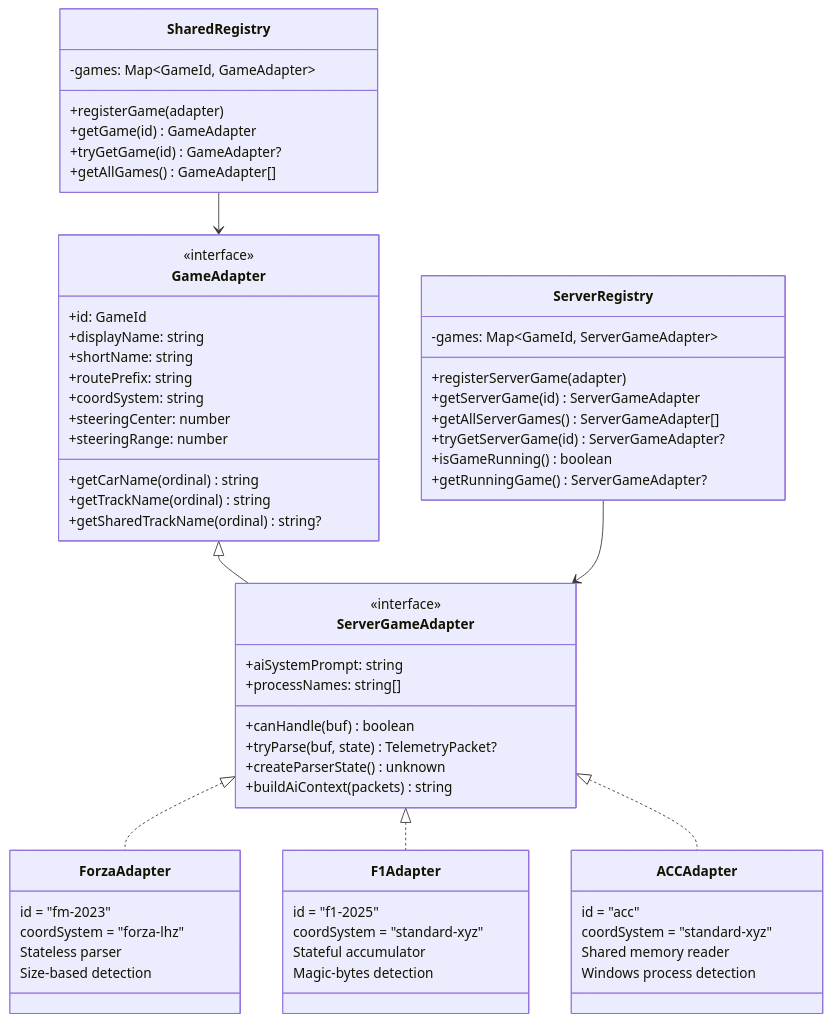
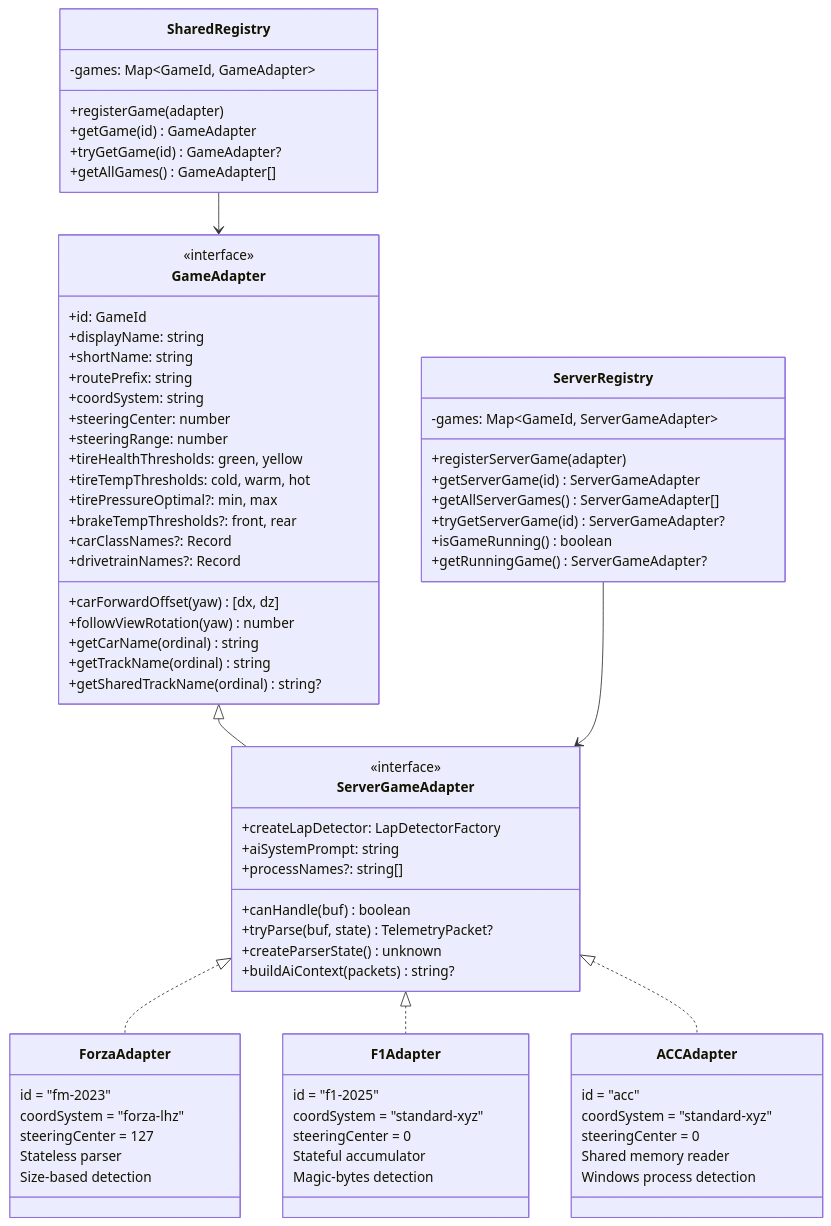
Before and after one commit to calebklc/RaceIQ: the fourth of 12 diagrams in ARCHITECTURE.md, drawn with Mermaid. The commit also changed other lines of this file, not shown here.

```diff
--- a/ARCHITECTURE.md
+++ b/ARCHITECTURE.md
@@ -110,9 +237,17 @@
         +coordSystem: string
         +steeringCenter: number
         +steeringRange: number
+        +carForwardOffset(yaw) [dx, dz]
+        +followViewRotation(yaw) number
+        +tireHealthThresholds: green, yellow
+        +tireTempThresholds: cold, warm, hot
+        +tirePressureOptimal?: min, max
+        +brakeTempThresholds?: front, rear
         +getCarName(ordinal) string
         +getTrackName(ordinal) string
         +getSharedTrackName(ordinal) string?
+        +carClassNames?: Record
+        +drivetrainNames?: Record
     }
 
     class ServerGameAdapter {
@@ -120,9 +255,10 @@
         +canHandle(buf) boolean
         +tryParse(buf, state) TelemetryPacket?
         +createParserState() unknown
+        +createLapDetector: LapDetectorFactory
         +aiSystemPrompt: string
-        +buildAiContext(packets) string
-        +processNames: string[]
+        +buildAiContext(packets) string?
+        +processNames?: string[]
     }
 
     GameAdapter <|-- ServerGameAdapter
@@ -130,6 +266,7 @@
     class ForzaAdapter {
         id = "fm-2023"
         coordSystem = "forza-lhz"
+        steeringCenter = 127
         Stateless parser
         Size-based detection
     }
@@ -137,6 +274,7 @@
     class F1Adapter {
         id = "f1-2025"
         coordSystem = "standard-xyz"
+        steeringCenter = 0
         Stateful accumulator
         Magic-bytes detection
     }
@@ -144,6 +282,7 @@
     class ACCAdapter {
         id = "acc"
         coordSystem = "standard-xyz"
+        steeringCenter = 0
         Shared memory reader
         Windows process detection
     }
```
